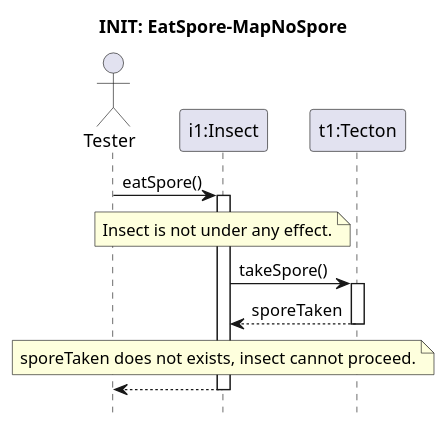
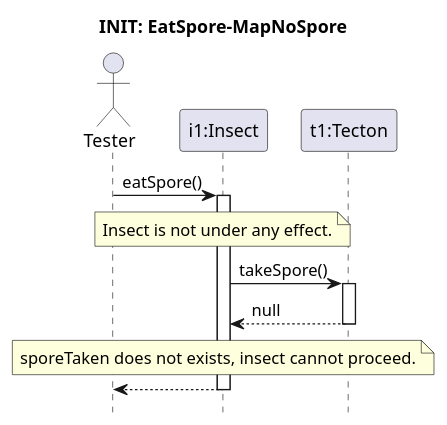
Before and after one commit to ZD4ve/projlab-error521: the diagram in Skeleton/Eat-spore/no-spore.puml, drawn with PlantUML.

```diff
--- a/Skeleton/Eat-spore/no-spore.puml
+++ b/Skeleton/Eat-spore/no-spore.puml
@@ -1,21 +1,21 @@
 @startuml Insect-chew-mycelium/no-spore
 hide footbox
 title INIT: EatSpore-MapNoSpore
 
 actor Tester as S
 participant "i1:Insect" as i1
 participant "t1:Tecton" as t1
 
 S -> i1 : eatSpore()
 activate i1
 
 note over i1: Insect is not under any effect.
 i1 -> t1 : takeSpore()
 activate t1
 
-return sporeTaken
+return null
 
 note over i1: sporeTaken does not exists, insect cannot proceed.
 
 return
 @enduml
```
